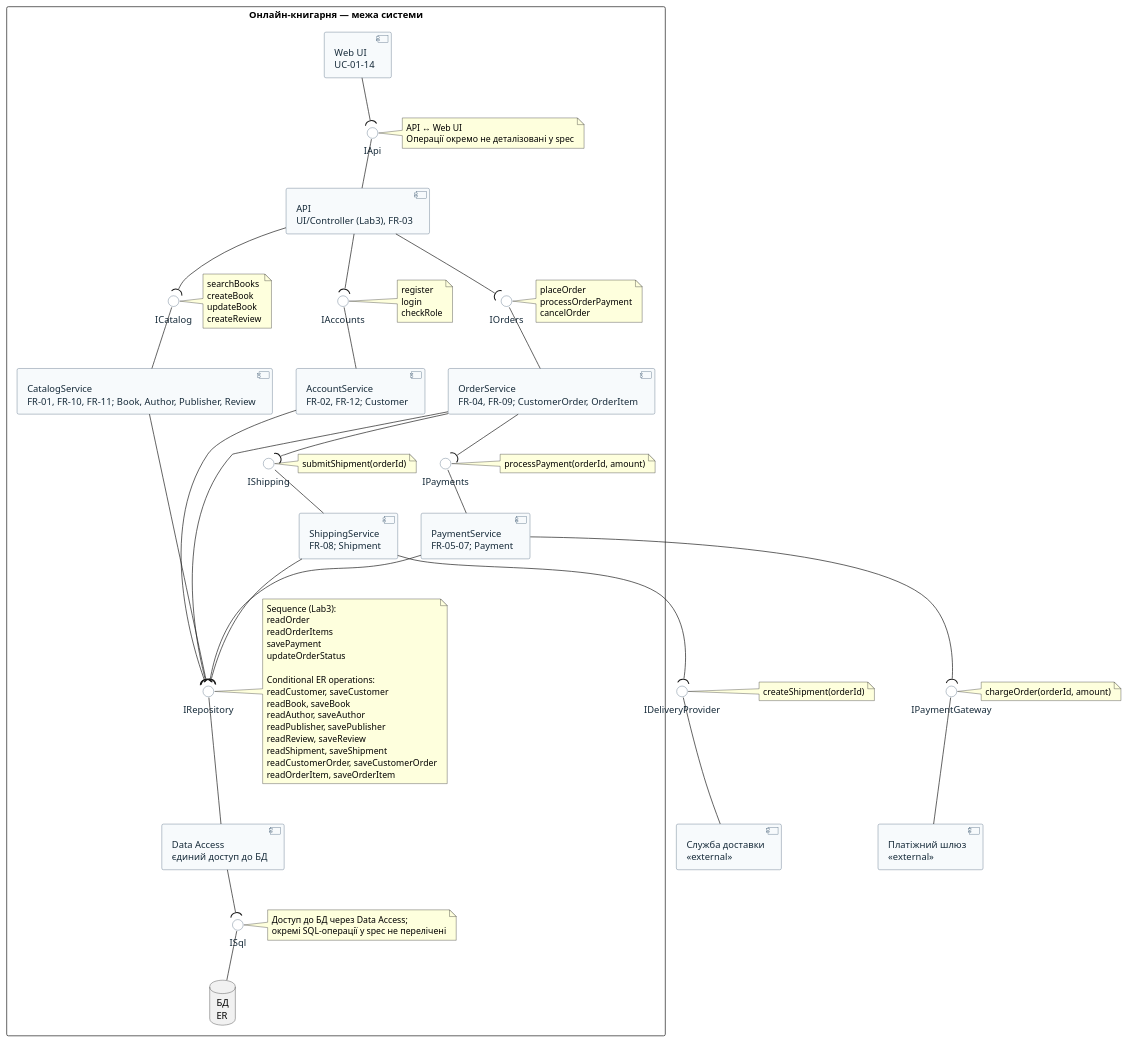
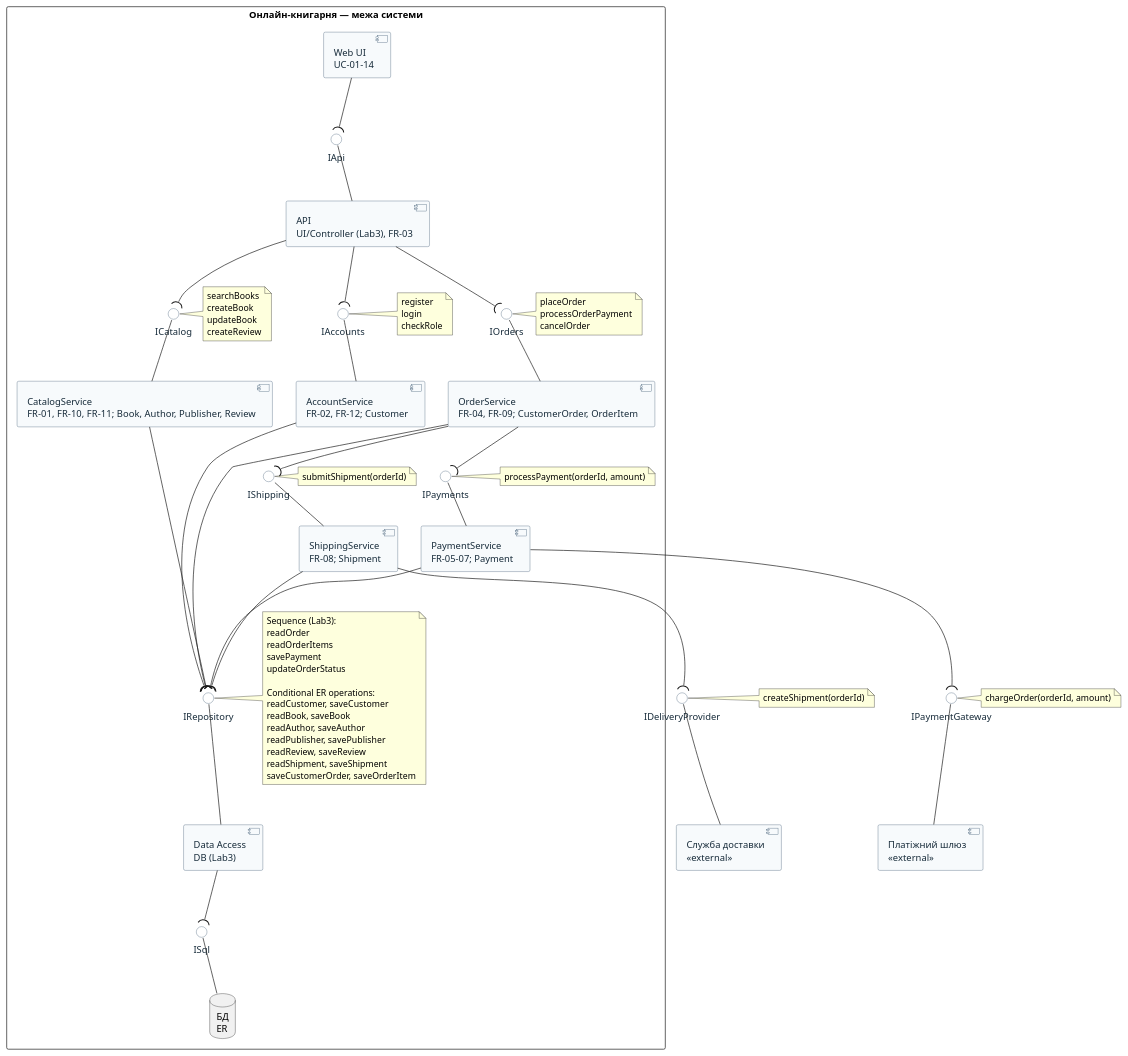
The diagram in Lab5/model/components.puml (Saeghxx/KPI2), drawn with PlantUML before and after one commit.

Commit message:
feat(lab5): regenerate components.puml, fix labels and notes

```diff
--- a/Lab5/model/components.puml
+++ b/Lab5/model/components.puml
@@ -1,165 +1,156 @@
 @startuml components
 ' Lab5 — Component Diagram: online bookstore
-' Generated strictly from Lab5/spec.md. Interface names are shown on connectors;
-' operation lists are documented in notes. No implementation/deployment details added.
+' Source: Lab5/spec.md. Each interface is one declared node (lollipop = provided, socket = required).
+' Operation lists are in notes (spec criterion 10); IApi and ISql have no operations in spec section 5.
 
 top to bottom direction
 skinparam componentStyle uml2
 skinparam shadowing false
 skinparam packageStyle rectangle
 skinparam defaultFontName Arial
 skinparam component {
   BackgroundColor #F7FAFC
   BorderColor #35516B
   FontColor #172B3A
 }
 skinparam interface {
   BackgroundColor #FFFFFF
   BorderColor #35516B
   FontColor #172B3A
 }
 
 package "Онлайн-книгарня — межа системи" as System {
   ' Layer 1 — Web UI
   component "Web UI\nUC-01–14" as WebUI
 
   ' Layer 2 — API
   component "API\nUI/Controller (Lab3), FR-03" as API
 
   ' Layer 3 — application services
   component "AccountService\nFR-02, FR-12; Customer" as AccountService
   component "CatalogService\nFR-01, FR-10, FR-11; Book, Author, Publisher, Review" as CatalogService
   component "OrderService\nFR-04, FR-09; CustomerOrder, OrderItem" as OrderService
   component "PaymentService\nFR-05–07; Payment" as PaymentService
   component "ShippingService\nFR-08; Shipment" as ShippingService
 
   ' Layer 4 — persistence abstraction
-  component "Data Access\nєдиний доступ до БД" as DataAccess
+  component "Data Access\nDB (Lab3)" as DataAccess
 
   ' Layer 5 — database
   database "БД\nER" as DB
 
   ' One interface node per contract. Provider is below its consumer:
   ' consumer uses required socket (-d-(), provider exposes provided lollipop (-u-).
   interface "IApi" as IApi
   interface "IAccounts" as IAccounts
   interface "ICatalog" as ICatalog
   interface "IOrders" as IOrders
   interface "IPayments" as IPayments
   interface "IShipping" as IShipping
   interface "IRepository" as IRepository
   interface "ISql" as ISql
 
   ' IApi: API provides; Web UI requires.
   API -u- IApi
   WebUI -d-( IApi
 
   ' Service contracts: service provides; API requires.
   AccountService -u- IAccounts
   API -d-( IAccounts
   CatalogService -u- ICatalog
   API -d-( ICatalog
   OrderService -u- IOrders
   API -d-( IOrders
 
   ' OrderService requires these; the corresponding service provides them.
   PaymentService -u- IPayments
   OrderService -d-( IPayments
   ShippingService -u- IShipping
   OrderService -d-( IShipping
 
   ' Data Access provides IRepository to each service.
   DataAccess -u- IRepository
   AccountService -d-( IRepository
   CatalogService -d-( IRepository
   OrderService -d-( IRepository
   PaymentService -d-( IRepository
   ShippingService -d-( IRepository
 
   ' DB provides ISql; Data Access requires it.
   DB -u- ISql
   DataAccess -d-( ISql
 
   ' Layer placement constraints only; these are not dependencies.
   WebUI -[hidden]down- API
   API -[hidden]down- AccountService
   AccountService -[hidden]right- CatalogService
   CatalogService -[hidden]right- OrderService
   OrderService -[hidden]right- PaymentService
   PaymentService -[hidden]right- ShippingService
   OrderService -[hidden]down- DataAccess
   DataAccess -[hidden]down- DB
 
-  ' Contract operation lists. Interface labels above contain names only.
-  note right of IApi
-    API ↔ Web UI
-    Операції окремо не деталізовані у spec
-  end note
+  ' Contract operation lists (spec section 5). No notes for IApi and ISql.
   note right of IAccounts
     register
     login
     checkRole
   end note
   note right of ICatalog
     searchBooks
     createBook
     updateBook
     createReview
   end note
   note right of IOrders
     placeOrder
     processOrderPayment
     cancelOrder
   end note
   note right of IPayments
     processPayment(orderId, amount)
   end note
   note right of IShipping
     submitShipment(orderId)
   end note
   note right of IRepository
     Sequence (Lab3):
     readOrder
     readOrderItems
     savePayment
     updateOrderStatus
 
     Conditional ER operations:
     readCustomer, saveCustomer
     readBook, saveBook
     readAuthor, saveAuthor
     readPublisher, savePublisher
     readReview, saveReview
     readShipment, saveShipment
-    readCustomerOrder, saveCustomerOrder
-    readOrderItem, saveOrderItem
-  end note
-  note right of ISql
-    Доступ до БД через Data Access;
-    окремі SQL-операції у spec не перелічені
+    saveCustomerOrder, saveOrderItem
   end note
 }
 
-' External providers are outside the system boundary and below their consumers.
+' External providers are outside the system boundary.
 component "Платіжний шлюз\n<<external>>" as Gateway
 component "Служба доставки\n<<external>>" as DeliveryService
 interface "IPaymentGateway" as IPaymentGateway
 interface "IDeliveryProvider" as IDeliveryProvider
 
 Gateway -u- IPaymentGateway
 PaymentService -d-( IPaymentGateway
 DeliveryService -u- IDeliveryProvider
 ShippingService -d-( IDeliveryProvider
 
 note right of IPaymentGateway
   chargeOrder(orderId, amount)
 end note
 note right of IDeliveryProvider
   createShipment(orderId)
 end note
 
 ' Keep each external provider near its consuming service.
 PaymentService -[hidden]down- Gateway
 ShippingService -[hidden]down- DeliveryService
 
 @enduml
```
